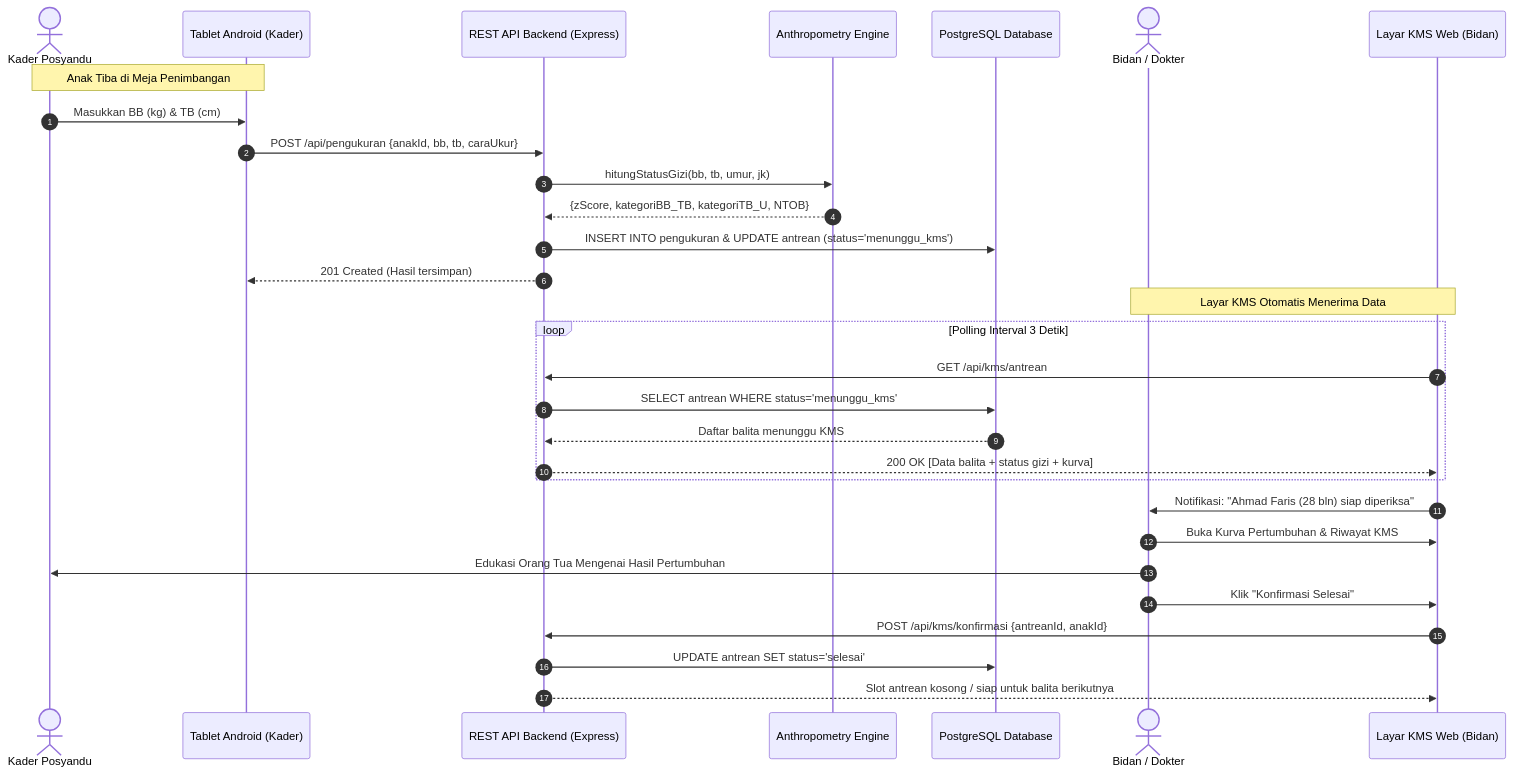
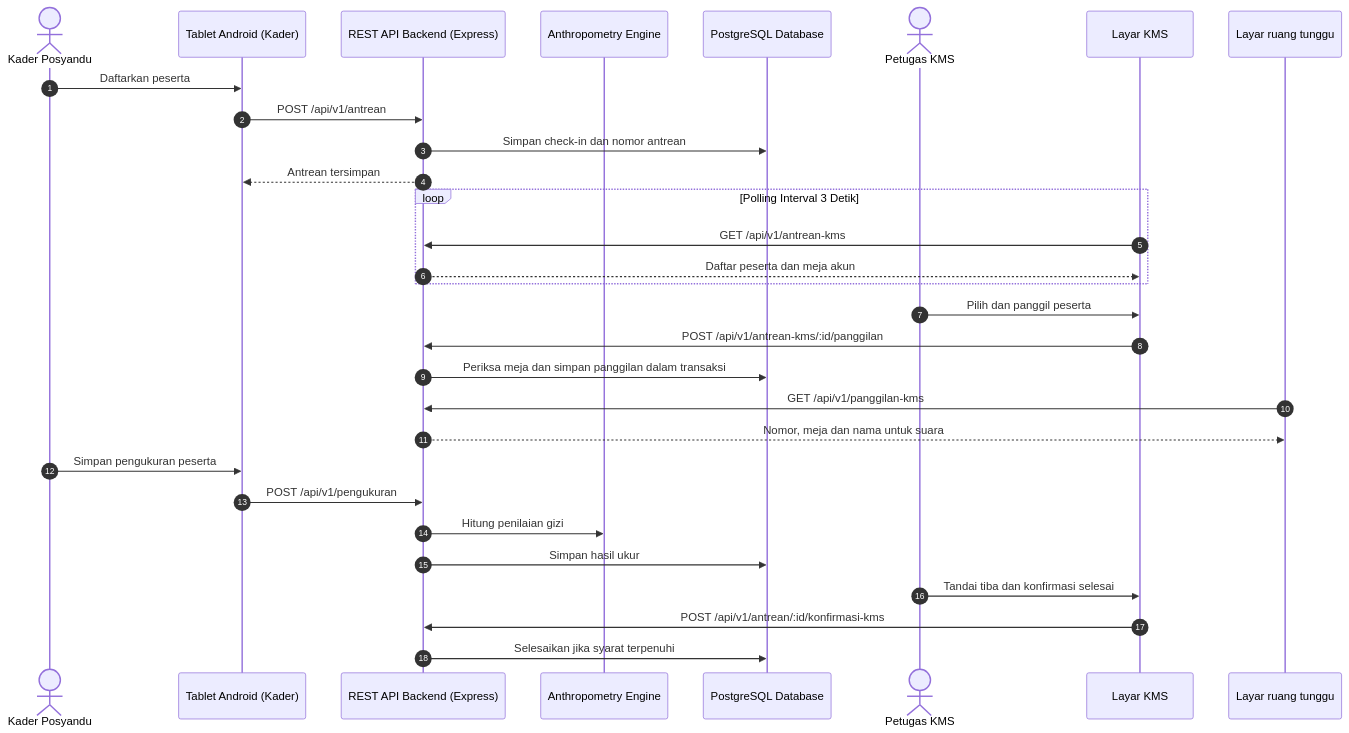
One commit to khairuonwork/kkn_posyandu_tulip changed the second of 2 diagrams in docs/arsitektur-sistem-handover.md. Above: the diagram before and after it, drawn with Mermaid. The commit also changed other lines of this file and 66 other files, not shown here.

````diff
--- a/docs/arsitektur-sistem-handover.md
+++ b/docs/arsitektur-sistem-handover.md
@@ -523,35 +489,33 @@
 ```mermaid
 sequenceDiagram
     autonumber
     actor K as Kader Posyandu
     participant App as Tablet Android (Kader)
     participant API as REST API Backend (Express)
     participant Engine as Anthropometry Engine
     participant DB as PostgreSQL Database
-    actor B as Bidan / Dokter
-    participant Web as Layar KMS Web (Bidan)
+    actor B as Petugas KMS
+    participant Web as Layar KMS
+    participant Tunggu as Layar ruang tunggu
 
-    Note over K,App: Anak Tiba di Meja Penimbangan
-    K->>App: Masukkan BB (kg) & TB (cm)
-    App->>API: POST /api/pengukuran {anakId, bb, tb, caraUkur}
-    API->>Engine: hitungStatusGizi(bb, tb, umur, jk)
-    Engine-->>API: {zScore, kategoriBB_TB, kategoriTB_U, NTOB}
-    API->>DB: INSERT INTO pengukuran & UPDATE antrean (status='menunggu_kms')
-    API-->>App: 201 Created (Hasil tersimpan)
-
-    Note over Web,B: Layar KMS Otomatis Menerima Data
+    K->>App: Daftarkan peserta
+    App->>API: POST /api/v1/antrean
+    API->>DB: Simpan check-in dan nomor antrean
+    API-->>App: Antrean tersimpan
     loop Polling Interval 3 Detik
-        Web->>API: GET /api/kms/antrean
-        API->>DB: SELECT antrean WHERE status='menunggu_kms'
-        DB-->>API: Daftar balita menunggu KMS
-        API-->>Web: 200 OK [Data balita + status gizi + kurva]
+        Web->>API: GET /api/v1/antrean-kms
+        API-->>Web: Daftar peserta dan meja akun
     end
-
-    Web->>B: Notifikasi: "Ahmad Faris (28 bln) siap diperiksa"
-    B->>Web: Buka Kurva Pertumbuhan & Riwayat KMS
-    B->>K: Edukasi Orang Tua Mengenai Hasil Pertumbuhan
-    B->>Web: Klik "Konfirmasi Selesai"
-    Web->>API: POST /api/kms/konfirmasi {antreanId, anakId}
-    API->>DB: UPDATE antrean SET status='selesai'
-    API-->>Web: Slot antrean kosong / siap untuk balita berikutnya
+    B->>Web: Pilih dan panggil peserta
+    Web->>API: POST /api/v1/antrean-kms/:id/panggilan
+    API->>DB: Periksa meja dan simpan panggilan dalam transaksi
+    Tunggu->>API: GET /api/v1/panggilan-kms
+    API-->>Tunggu: Nomor, meja dan nama untuk suara
+    K->>App: Simpan pengukuran peserta
+    App->>API: POST /api/v1/pengukuran
+    API->>Engine: Hitung penilaian gizi
+    API->>DB: Simpan hasil ukur
+    B->>Web: Tandai tiba dan konfirmasi selesai
+    Web->>API: POST /api/v1/antrean/:id/konfirmasi-kms
+    API->>DB: Selesaikan jika syarat terpenuhi
 ```
````
